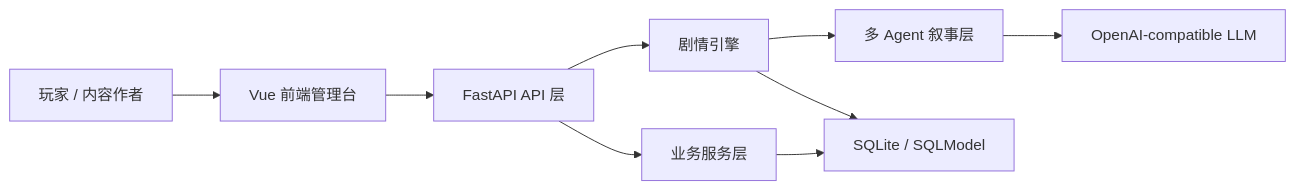
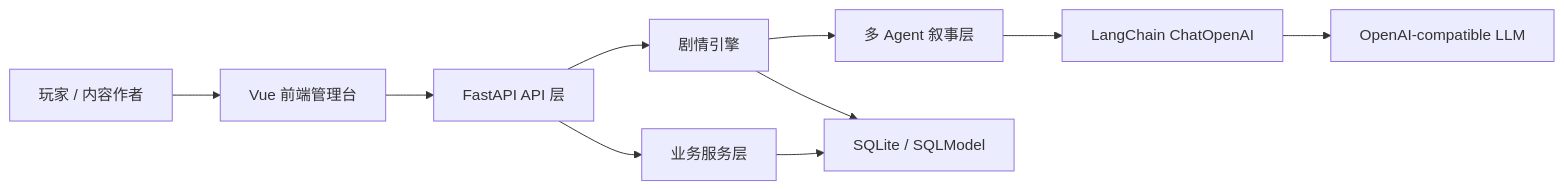
One commit to LiPeiCong60/WordGameByAI changed the first of 4 diagrams in docs/项目说明书.md. Above: the diagram before and after it, drawn with Mermaid. The commit also changed other lines of this file and 3 other files, not shown here.

Commit message:
Use LangChain for LLM calls

````diff
--- a/docs/项目说明书.md
+++ b/docs/项目说明书.md
@@ -59,11 +59,12 @@
 ```mermaid
 flowchart LR
     User["玩家 / 内容作者"] --> Frontend["Vue 前端管理台"]
     Frontend --> API["FastAPI API 层"]
     API --> Services["业务服务层"]
     API --> Engine["剧情引擎"]
     Engine --> Agents["多 Agent 叙事层"]
     Services --> DB["SQLite / SQLModel"]
     Engine --> DB
-    Agents --> LLM["OpenAI-compatible LLM"]
+    Agents --> LangChain["LangChain ChatOpenAI"]
+    LangChain --> LLM["OpenAI-compatible LLM"]
 ```
````
